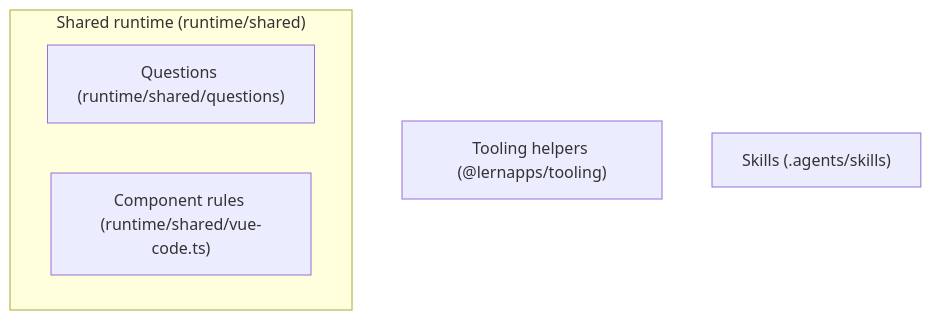
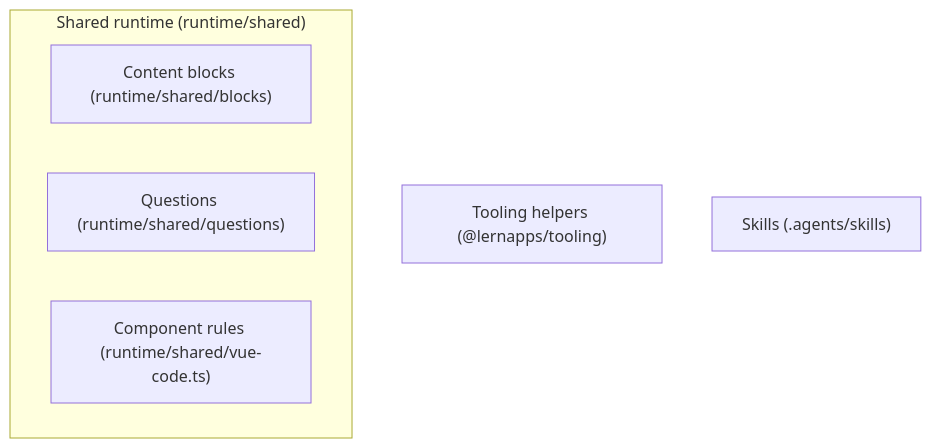
Before and after one commit to lernapps/app-templates: the diagram in docs/arc42/05-building-blocks.arc42.md, drawn with Mermaid. The commit also changed other lines of this file and 65 other files, not shown here.

First line of the commit message:
feat: a question shows content: material, with the blocks both archetypes share

````diff
--- a/docs/arc42/05-building-blocks.arc42.md
+++ b/docs/arc42/05-building-blocks.arc42.md
@@ -27,9 +27,10 @@
 ```mermaid
 flowchart TB
     subgraph bb-runtime["Shared runtime (runtime/shared)"]
-        bb-questions["Questions (runtime/shared/questions)"]
+        bb-blocks["Content blocks (runtime/shared/blocks)"]
+    bb-questions["Questions (runtime/shared/questions)"]
     bb-component-rules["Component rules (runtime/shared/vue-code.ts)"]
     end
     bb-tooling["Tooling helpers (@lernapps/tooling)"]
     bb-skills["Skills (.agents/skills)"]
 ```
````
